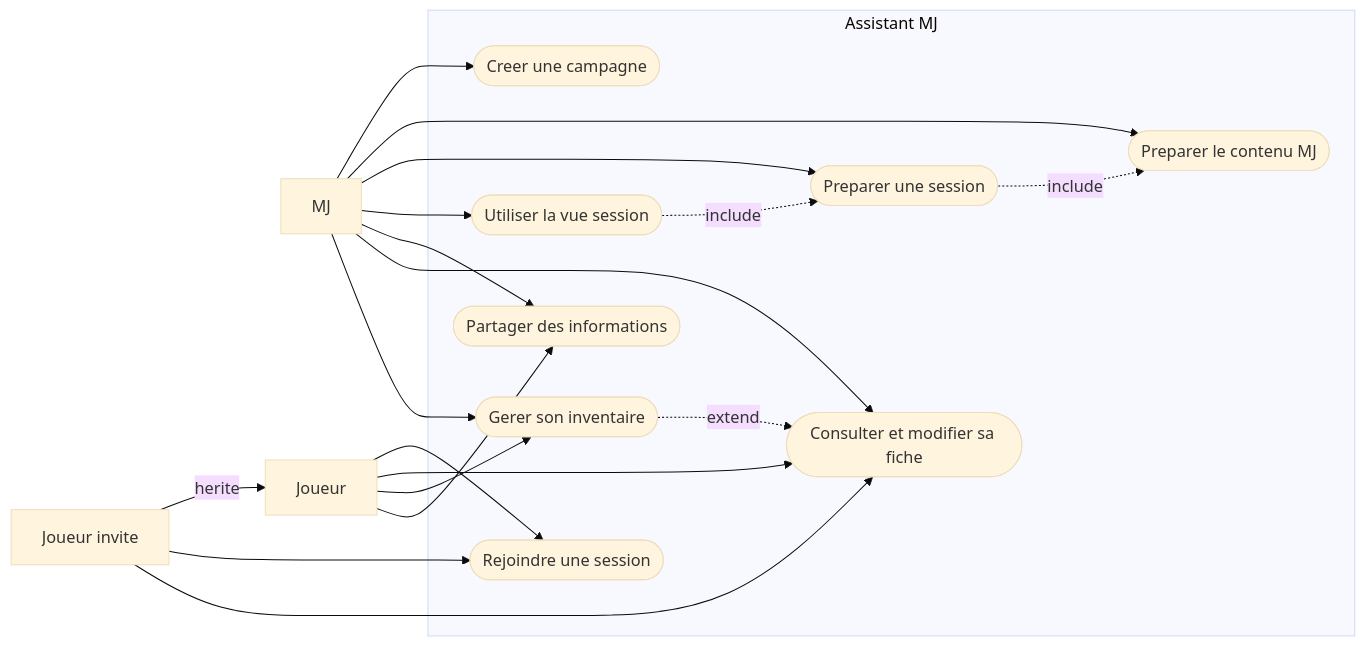
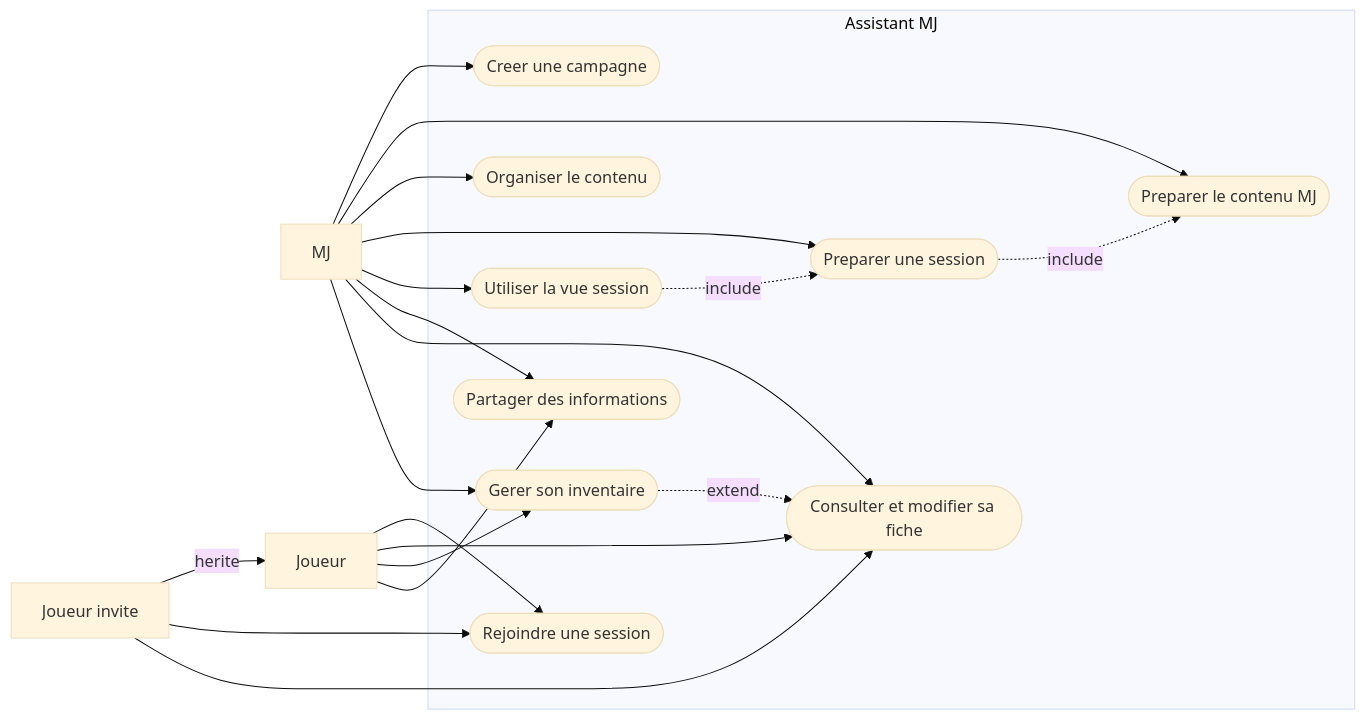
The first of 5 diagrams in docs/conception/DiagrammeCasUtilisation.md (2025-10-CDA-ECO-P6/PM-micro-saas), drawn with Mermaid (base theme) before and after one commit. The commit also changed other lines of this file and 28 other files, not shown here.

````diff
--- a/docs/conception/DiagrammeCasUtilisation.md
+++ b/docs/conception/DiagrammeCasUtilisation.md
@@ -26,33 +26,35 @@
 ```mermaid
 flowchart LR
     MJ["MJ"]
     Player["Joueur"]
     Guest["Joueur invite"]
     Guest -- herite --> Player
     subgraph SYS["Assistant MJ"]
         UC01(["Creer une campagne"])
         UC_PREP_CONTENT(["Preparer le contenu MJ"])
+        UC17(["Organiser le contenu"])
         UC05(["Preparer une session"])
         UC06(["Utiliser la vue session"])
         UC09(["Partager des informations"])
         UC10(["Rejoindre une session"])
         UC07(["Consulter et modifier sa fiche"])
         UC08(["Gerer son inventaire"])
     end
     MJ --> UC01
     MJ --> UC_PREP_CONTENT
+    MJ --> UC17
     MJ --> UC05
     MJ --> UC06
     MJ --> UC09
     MJ --> UC07
     MJ --> UC08
     Player --> UC10
     Player --> UC07
     Player --> UC08
     Player --> UC09
     Guest --> UC10
     Guest --> UC07
     UC05 -.->|"include"| UC_PREP_CONTENT
     UC06 -.->|"include"| UC05
     UC08 -.->|"extend"| UC07
 ```
````
